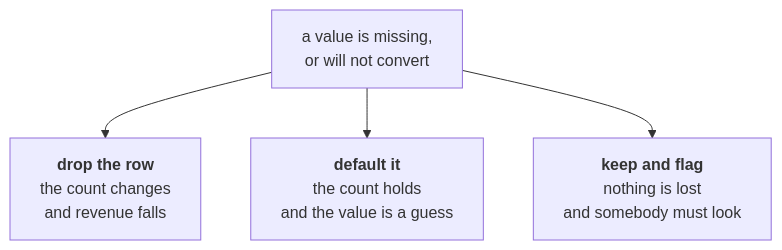
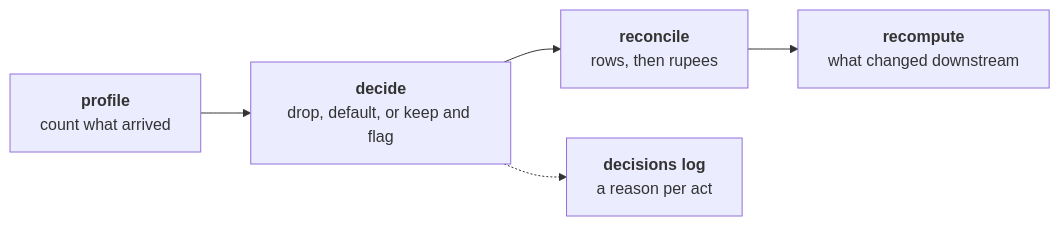
The second of 4 diagrams in content/W01/D3/whiteboards/C2_W01_D03_reconciliation_STUDENT.md (fde-academy-lab/c2-content-factory), drawn with Mermaid before and after one commit. The commit also changed other lines of this file and 8 other files, not shown here.

````diff
--- a/content/W01/D3/whiteboards/C2_W01_D03_reconciliation_STUDENT.md
+++ b/content/W01/D3/whiteboards/C2_W01_D03_reconciliation_STUDENT.md
@@ -70,7 +24,7 @@
 ```mermaid
-flowchart TB
-    A["a value is missing,<br/>or will not convert"]
-    A --> B["<b>drop the row</b><br/>the count changes<br/>and revenue falls"]
-    A --> C["<b>default it</b><br/>the count holds<br/>and the value is a guess"]
-    A --> D["<b>keep and flag</b><br/>nothing is lost<br/>and somebody must look"]
+flowchart LR
+    P["<b>profile</b><br/>count what arrived"] --> C["<b>decide</b><br/>drop, default, or keep and flag"]
+    C --> R["<b>reconcile</b><br/>rows, then rupees"]
+    R --> T["<b>recompute</b><br/>what changed downstream"]
+    C -.-> L["<b>decisions log</b><br/>a reason per act"]
 ```
````
